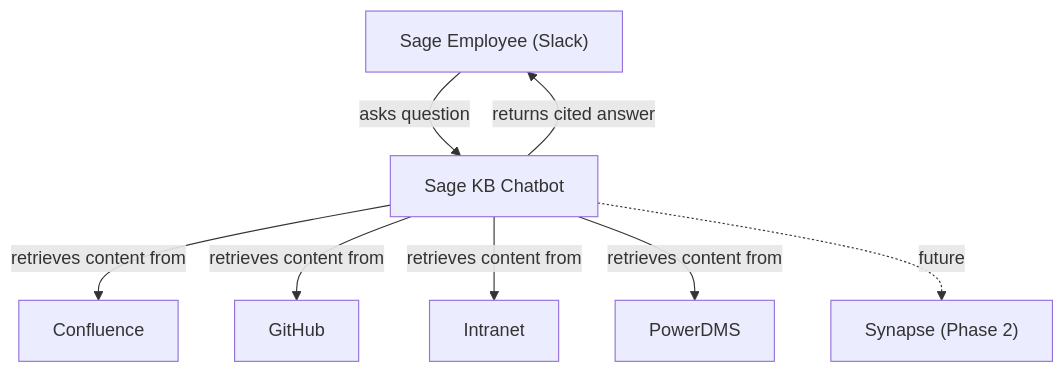
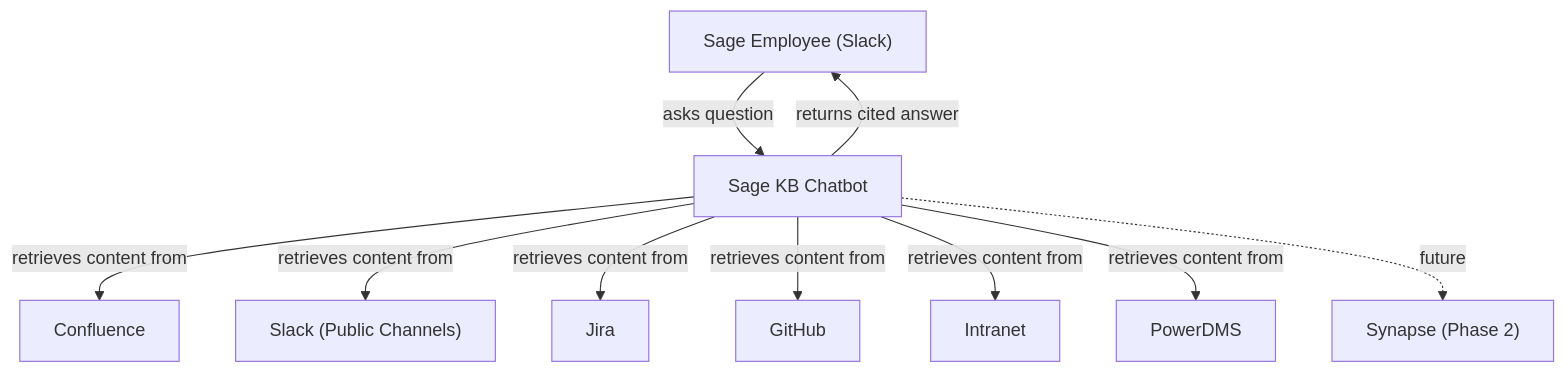
One commit to Sage-Bionetworks-IT/sage-kb-chatbot changed the first of 6 diagrams in .kiro/specs/sage-kb-chatbot/design.md. Above: the diagram before and after it, drawn with Mermaid. The commit also changed other lines of this file and 4 other files, not shown here.

First line of the commit message:
feat(specs): add Slack and Jira as knowledge sources

````diff
--- a/.kiro/specs/sage-kb-chatbot/design.md
+++ b/.kiro/specs/sage-kb-chatbot/design.md
@@ -15,18 +15,22 @@
 ```mermaid
 graph TD
     User["Sage Employee (Slack)"]
     Bot["Sage KB Chatbot"]
     Confluence["Confluence"]
+    Slack_Source["Slack (Public Channels)"]
+    Jira["Jira"]
     GitHub["GitHub"]
     Intranet["Intranet"]
     PowerDMS["PowerDMS"]
     Synapse["Synapse (Phase 2)"]
 
     User -->|asks question| Bot
     Bot -->|retrieves content from| Confluence
+    Bot -->|retrieves content from| Slack_Source
+    Bot -->|retrieves content from| Jira
     Bot -->|retrieves content from| GitHub
     Bot -->|retrieves content from| Intranet
     Bot -->|retrieves content from| PowerDMS
     Bot -.->|future| Synapse
     Bot -->|returns cited answer| User
 ```
````
